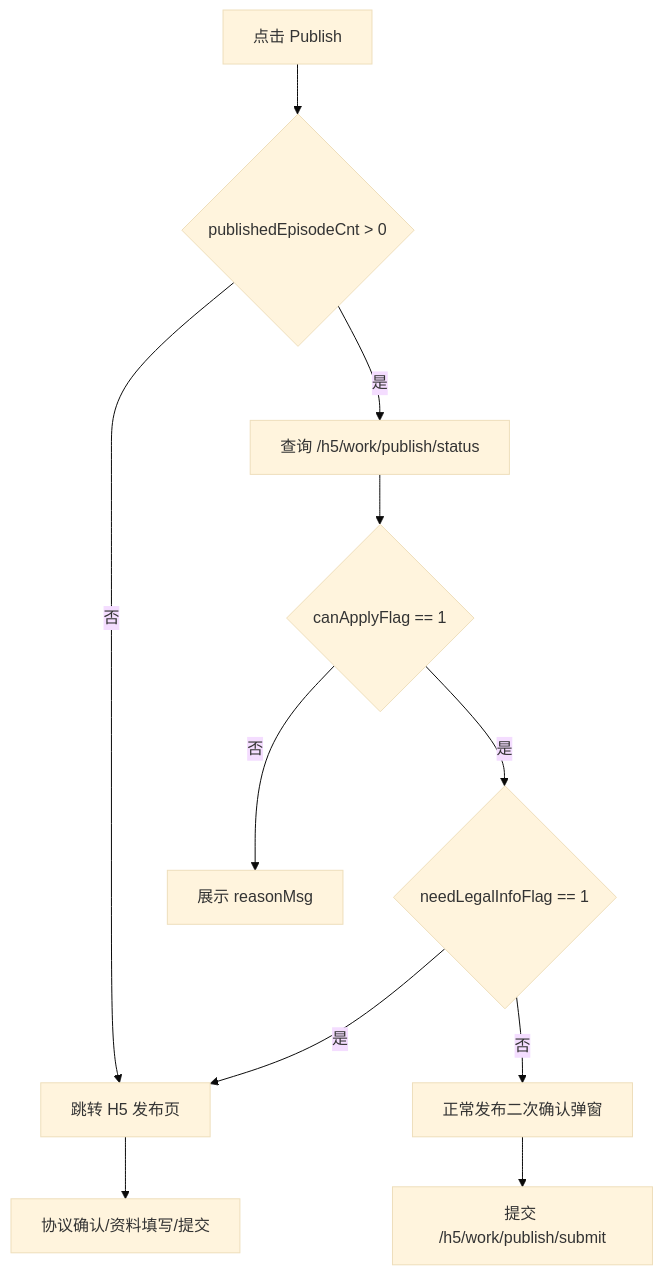
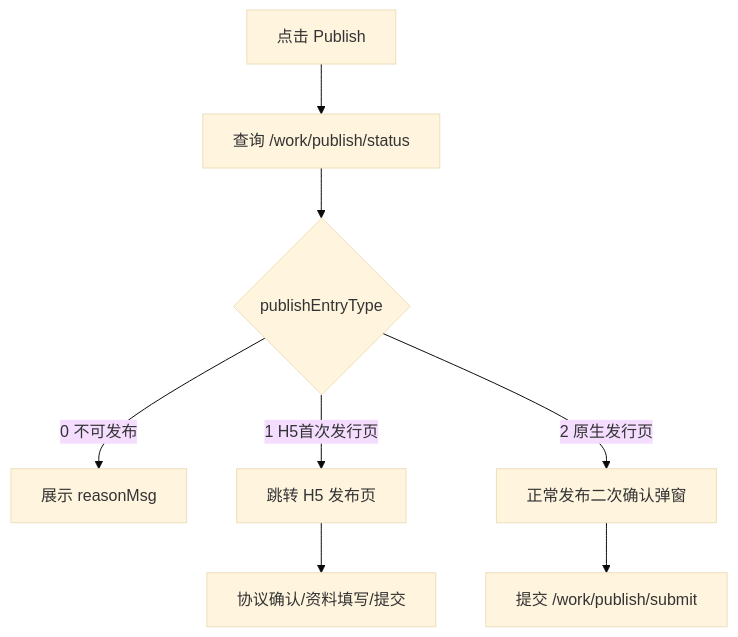
Before and after one commit to wangshaowen1/Android_epnova: the diagram in design/project/work-publish-logic.md, drawn with Mermaid (base theme). The commit also changed other lines of this file and 6 other files, not shown here.

````diff
--- a/design/project/work-publish-logic.md
+++ b/design/project/work-publish-logic.md
@@ -82,13 +82,10 @@
 ```mermaid
 flowchart TD
-    A[点击 Publish] --> B{publishedEpisodeCnt > 0}
-    B -- 否 --> F[跳转 H5 发布页]
-    B -- 是 --> C[查询 /h5/work/publish/status]
-    C --> D{canApplyFlag == 1}
-    D -- 否 --> E[展示 reasonMsg]
-    D -- 是 --> H{needLegalInfoFlag == 1}
-    H -- 是 --> F
+    A[点击 Publish] --> B[查询 /work/publish/status]
+    B --> C{publishEntryType}
+    C -- 0 不可发布 --> D[展示 reasonMsg]
+    C -- 1 H5首次发行页 --> F[跳转 H5 发布页]
     F --> G[协议确认/资料填写/提交]
-    H -- 否 --> I[正常发布二次确认弹窗]
-    I --> J[提交 /h5/work/publish/submit]
+    C -- 2 原生发行页 --> I[正常发布二次确认弹窗]
+    I --> J[提交 /work/publish/submit]
 ```
````
